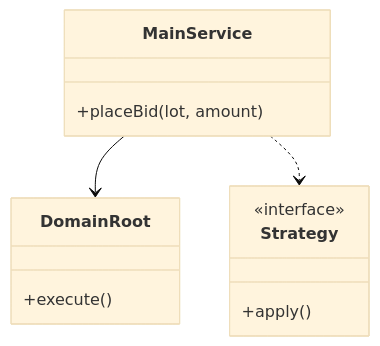
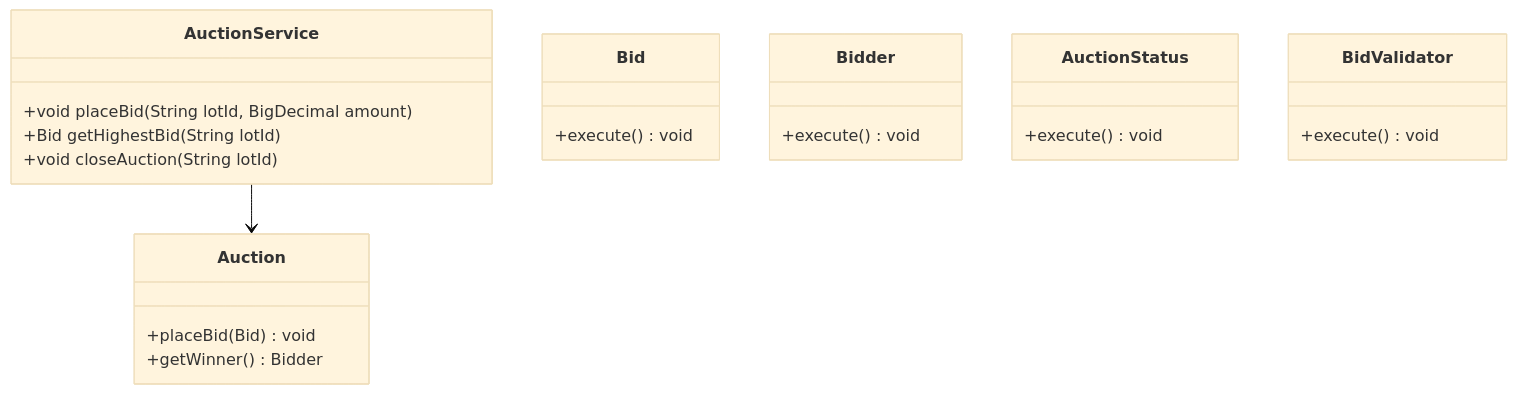
One commit to madhupaila/Interview-Prep-SSE changed the first of 3 diagrams in Learn/System Design - Low Level Design/02-classic-ood/questions/Q37-auction-system.md. Above: the diagram before and after it, drawn with Mermaid (base theme). The commit also changed other lines of this file and 491 other files, not shown here.

````diff
--- a/Learn/System Design - Low Level Design/02-classic-ood/questions/Q37-auction-system.md
+++ b/Learn/System Design - Low Level Design/02-classic-ood/questions/Q37-auction-system.md
@@ -75,15 +89,25 @@
 ```mermaid
 classDiagram
-    class MainService {
-        +placeBid(lot, amount)
+    class AuctionService {
+        +void placeBid(String lotId, BigDecimal amount)
+        +Bid getHighestBid(String lotId)
+        +void closeAuction(String lotId)
     }
-    class DomainRoot {
-        +execute()
+    class Auction {
+        +placeBid(Bid) void
+        +getWinner() Bidder
     }
-    class Strategy {
-        <<interface>>
-        +apply()
+    class Bid {
+        +execute() void
     }
-    MainService --> DomainRoot
-    MainService ..> Strategy
+    class Bidder {
+        +execute() void
+    }
+    class AuctionStatus {
+        +execute() void
+    }
+    class BidValidator {
+        +execute() void
+    }
+    AuctionService --> Auction
 ```
````
